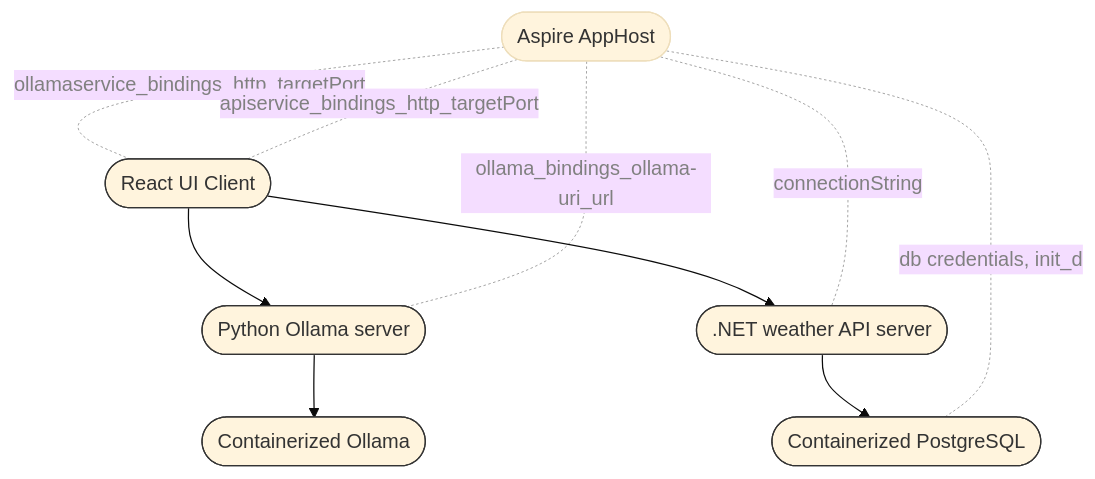
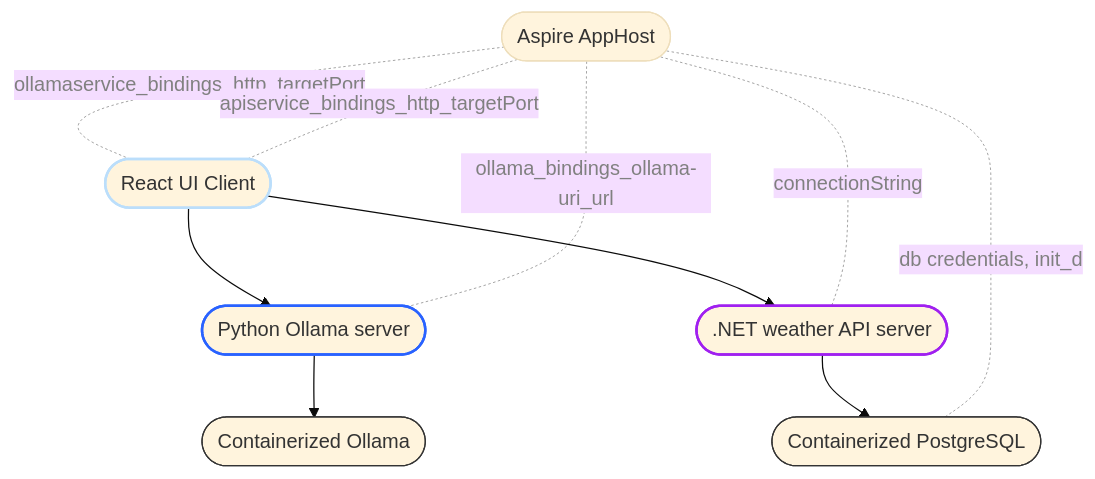
Before and after one commit to CynicDog/Aspiring-Ollama: the first of 2 diagrams in README.md, drawn with Mermaid (base theme). The commit also changed other lines of this file, not shown here.

````diff
--- a/README.md
+++ b/README.md
@@ -4,18 +4,27 @@
 ``` mermaid
 flowchart TD
     
     A([React UI Client]) --> B([Python Ollama server])
     B --> E([Containerized Ollama])
     A --> C([.NET weather API server])
     C --> D([Containerized PostgreSQL])
     F([Aspire AppHost]) -. ollamaservice_bindings_http_targetPort .- A
     F -. apiservice_bindings_http_targetPort .- A
     F -. connectionString .- C
     F -. ollama_bindings_ollama-uri_url .- B
     F -. db credentials, init_d .- D
      
     classDef container stroke:#333,stroke-width:1px;
-    class A,B,C,D,E container;
+    class A,C,D,E container;
+
+    classDef react stroke:#BBDEFB,stroke-width:2px;
+    class A react
+
+    classDef python stroke:#2962FF,stroke-width:2px;
+    class B python
+
+    classDef dotnet stroke:#A020F0,stroke-width:2px;
+    class C dotnet
 
     linkStyle 4,5,6,7,8 stroke-width:.3px,color:grey;
 ```
````
